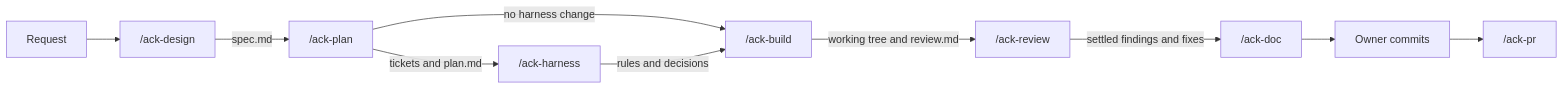
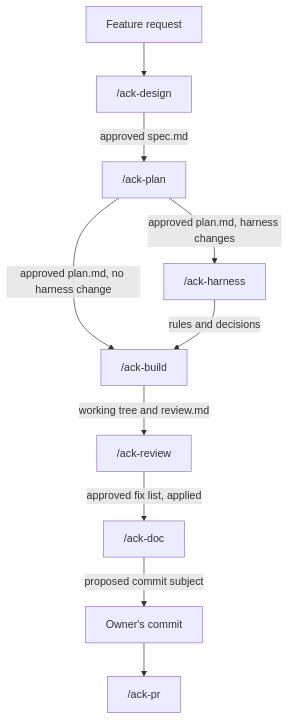
One commit to andrechristikan/ack-nestjs-boilerplate changed the diagram in docs/concepts/ai-harness.md. Above: the diagram before and after it, drawn with Mermaid. The commit also changed other lines of this file and 35 other files, not shown here.

Commit message:
docs: draw every diagram top to bottom and match each to its page

````diff
--- a/docs/concepts/ai-harness.md
+++ b/docs/concepts/ai-harness.md
@@ -36,12 +38,12 @@
 ```mermaid
-flowchart LR
-    R[Request] --> D["/ack-design"]
-    D -->|spec.md| P["/ack-plan"]
-    P -->|tickets and plan.md| H["/ack-harness"]
-    P -->|no harness change| B["/ack-build"]
+flowchart TB
+    R["Feature request"] --> D["/ack-design"]
+    D -->|approved spec.md| P["/ack-plan"]
+    P -->|approved plan.md, harness changes| H["/ack-harness"]
+    P -->|approved plan.md, no harness change| B["/ack-build"]
     H -->|rules and decisions| B
     B -->|working tree and review.md| V["/ack-review"]
-    V -->|settled findings and fixes| DOC["/ack-doc"]
-    DOC --> C[Owner commits]
+    V -->|approved fix list, applied| DOC["/ack-doc"]
+    DOC -->|proposed commit subject| C["Owner's commit"]
     C --> PR["/ack-pr"]
 ```
````
